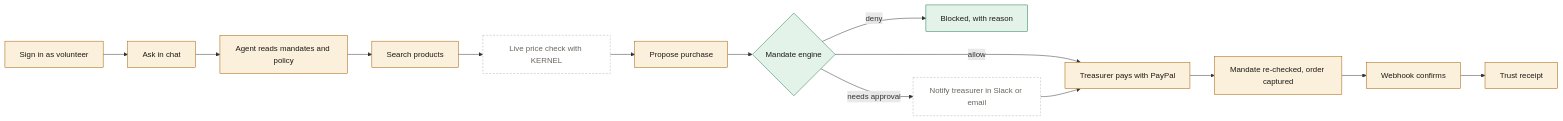
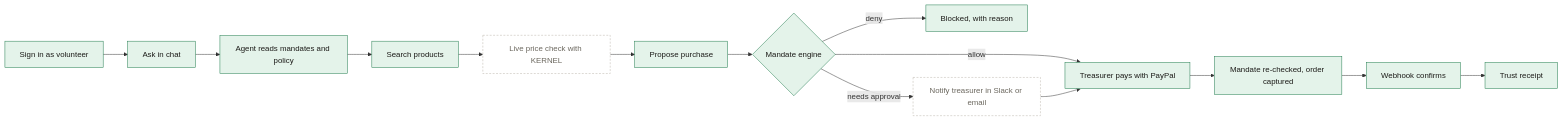
The diagram in quartermaster/flow.md (Busy-pond/Quartermaster), drawn with Mermaid before and after one commit. The commit also changed other lines of this file and 31 other files, not shown here.

````diff
--- a/quartermaster/flow.md
+++ b/quartermaster/flow.md
@@ -86,23 +133,22 @@
 ```mermaid
 flowchart LR
   A1[Sign in as volunteer] --> A2[Ask in chat]
   A2 --> A3[Agent reads mandates and policy]
   A3 --> A4[Search products]
   A4 --> A5[Live price check with KERNEL]
   A5 --> A6[Propose purchase]
   A6 --> A7{Mandate engine}
   A7 -->|deny| A7d[Blocked, with reason]
   A7 -->|needs approval| A8[Notify treasurer in Slack or email]
   A7 -->|allow| A9
   A8 --> A9[Treasurer pays with PayPal]
   A9 --> A10[Mandate re-checked, order captured]
   A10 --> A11[Webhook confirms]
   A11 --> A12[Trust receipt]
 
   classDef done fill:#e4f3ea,stroke:#1f7a4d,color:#1c1b18
   classDef written fill:#fbf0dc,stroke:#a15c00,color:#1c1b18
   classDef todo fill:#ffffff,stroke:#b9b4a8,color:#6b675e,stroke-dasharray:4 3
-  class A7,A7d done
-  class A1,A2,A3,A4,A6,A9,A10,A11,A12 written
+  class A1,A2,A3,A4,A6,A7,A7d,A9,A10,A11,A12 done
   class A5,A8 todo
 ```
````
